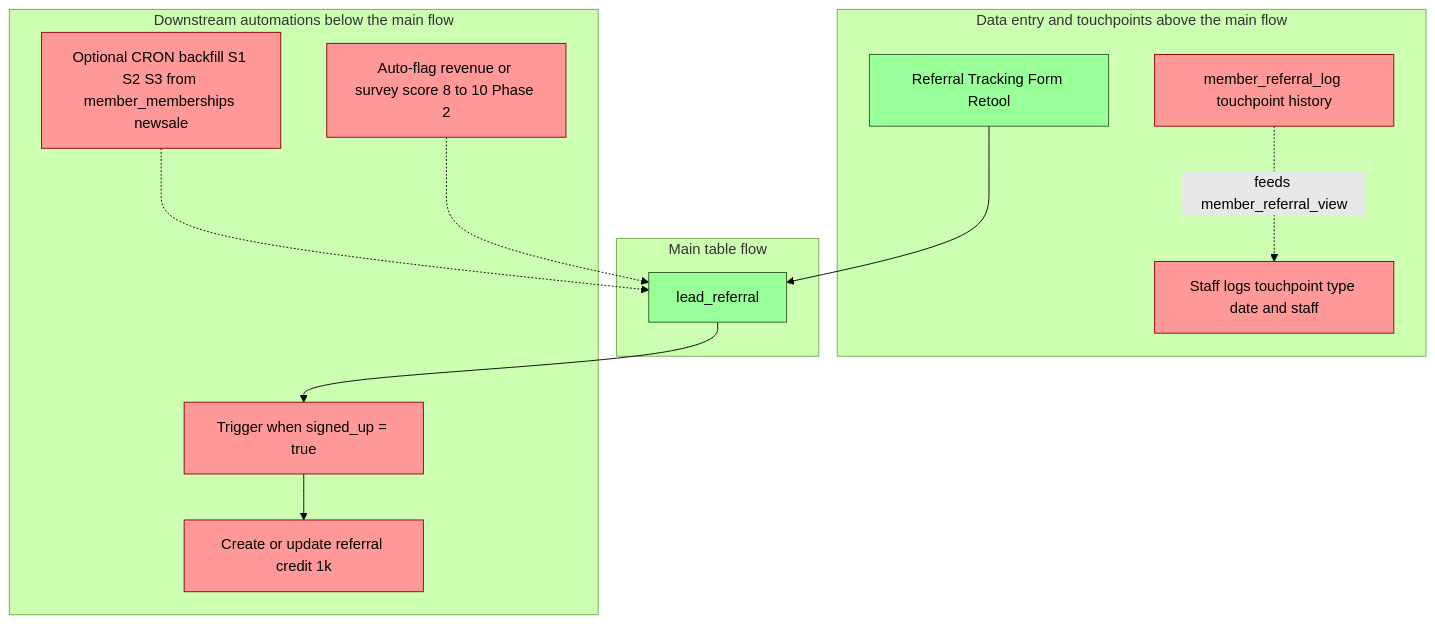
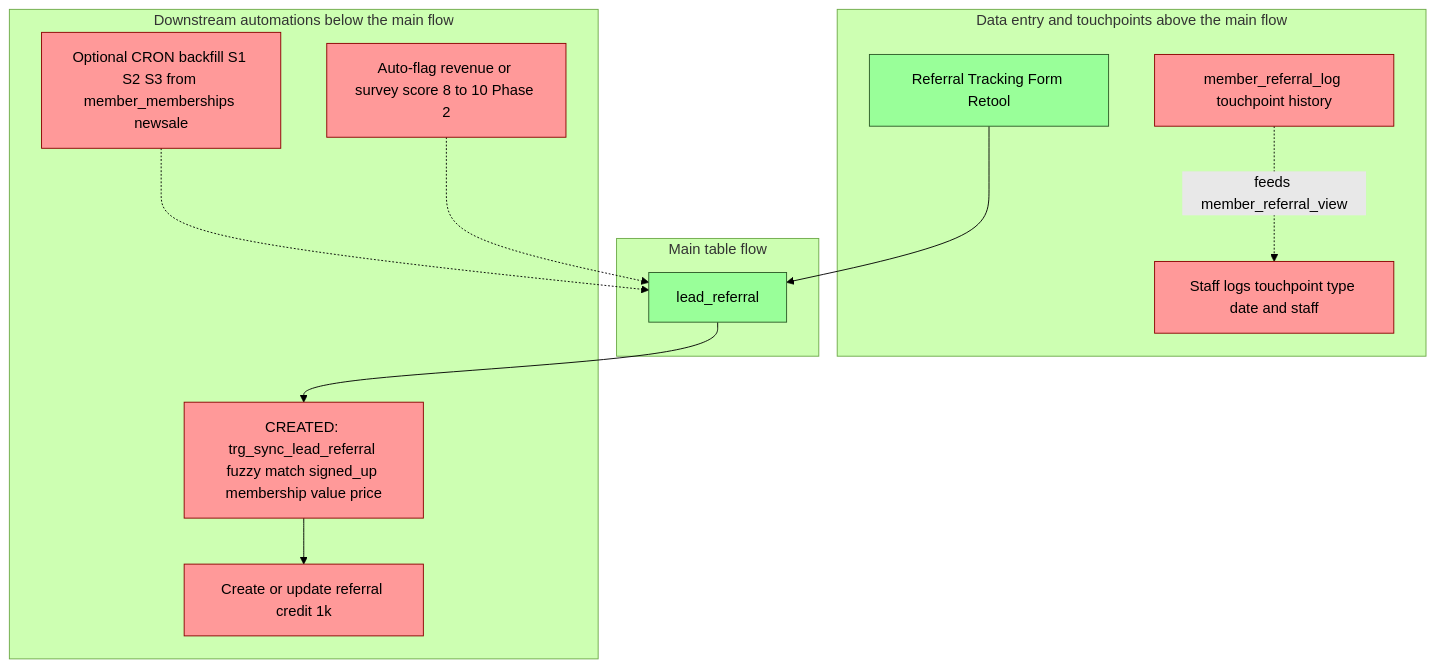
The second of 2 diagrams in dataflow-and-progress.md (towshau/referral_tracking), drawn with Mermaid (forest theme) before and after one commit. The commit also changed other lines of this file and 1 other file, not shown here.

First line of the commit message:
Add sync_lead_referral_on_new_membership trigger and FK constraint

````diff
--- a/dataflow-and-progress.md
+++ b/dataflow-and-progress.md
@@ -83,35 +85,36 @@
 ```mermaid
 flowchart TB
   subgraph above ["Data entry and touchpoints above the main flow"]
     F1["Referral Tracking Form Retool"]
     F2["member_referral_log touchpoint history"]
     F3["Staff logs touchpoint type date and staff"]
   end
 
   subgraph main ["Main table flow"]
     T1["lead_referral"]
   end
 
   subgraph below ["Downstream automations below the main flow"]
-    A1["Trigger when signed_up = true"]
+    A1["CREATED: trg_sync_lead_referral fuzzy match signed_up membership value price"]
     A2["Create or update referral credit 1k"]
     A3["Optional CRON backfill S1 S2 S3 from member_memberships newsale"]
     A4["Auto-flag revenue or survey score 8 to 10 Phase 2"]
   end
 
   F1 --> T1
   F2 -.->|feeds member_referral_view| F3
   T1 --> A1
   A1 --> A2
   A3 -.-> T1
   A4 -.-> T1
 
   style T1 fill:#9f9,stroke:#2d5a27
   style F1 fill:#9f9,stroke:#2d5a27
+  style A1 fill:#9f9,stroke:#2d5a27
   style F2 fill:#f99,stroke:#8b0000
   style F3 fill:#f99,stroke:#8b0000
   style A1 fill:#f99,stroke:#8b0000
   style A2 fill:#f99,stroke:#8b0000
   style A3 fill:#f99,stroke:#8b0000
   style A4 fill:#f99,stroke:#8b0000
 ```
````
